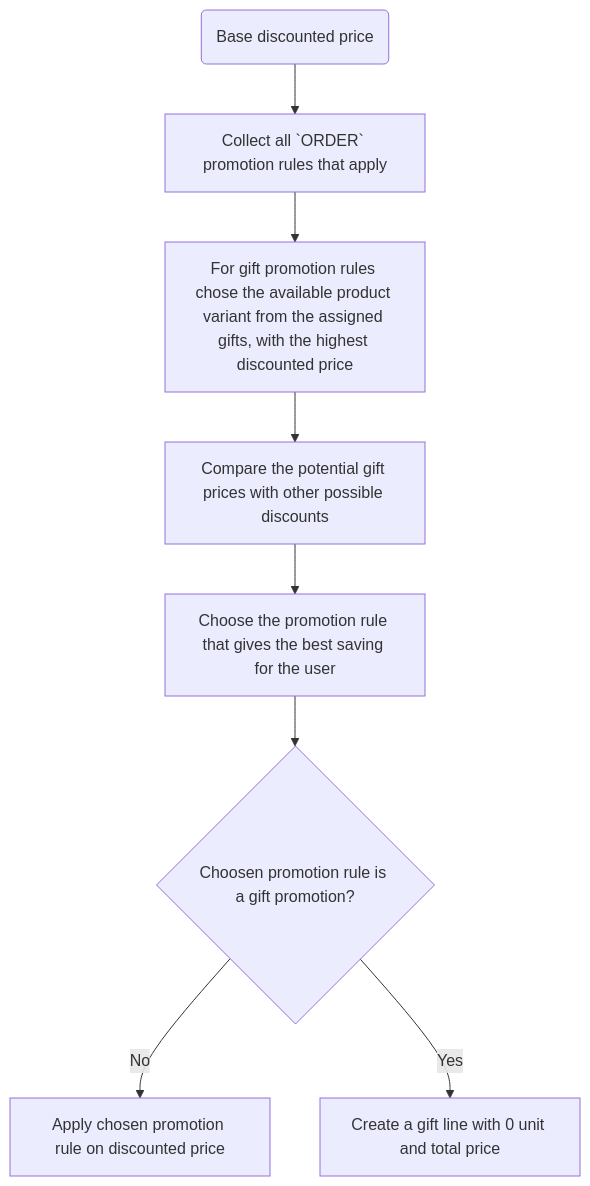
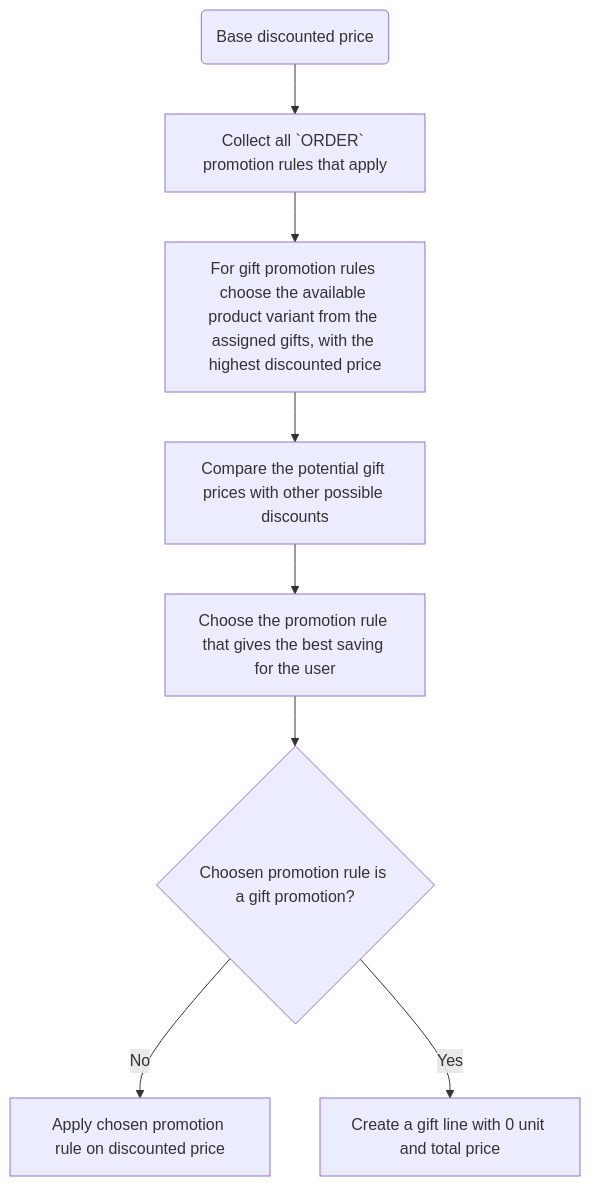
One commit to saleor/saleor-docs changed the second of 2 diagrams in docs/developer/discounts/promotions.mdx. Above: the diagram before and after it, drawn with Mermaid. The commit also changed other lines of this file, not shown here.

````diff
--- a/docs/developer/discounts/promotions.mdx
+++ b/docs/developer/discounts/promotions.mdx
@@ -1374,10 +1374,10 @@
 ```mermaid
 graph TD
     A(Base discounted price) --> B[Collect all `ORDER` promotion rules that apply]
-    B --> C[For gift promotion rules chose the available product variant from the assigned gifts, with the highest discounted price]
+    B --> C[For gift promotion rules choose the available product variant from the assigned gifts, with the highest discounted price]
     C --> E[Compare the potential gift prices with other possible discounts]
     E --> F[Choose the promotion rule that gives the best saving for the user]
     F --> G{Choosen promotion rule is a gift promotion?}
     G -->|No| D[Apply chosen promotion rule on discounted price]
     G -->|Yes| H[Create a gift line with 0 unit and total price]
 ```
````
